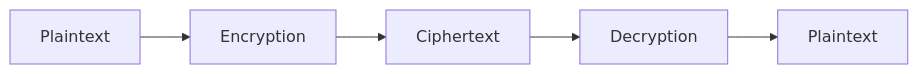
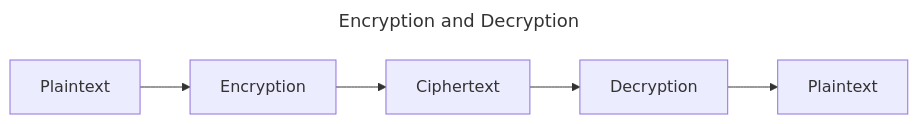
Before and after one commit to tna007/cybersec: the first of 3 diagrams in h5_alicenbob.md, drawn with Mermaid. The commit also changed other lines of this file, not shown here.

Commit message:
encryption and decryption without and with key(s) diagrams

````diff
--- a/h5_alicenbob.md
+++ b/h5_alicenbob.md
@@ -19,7 +7,10 @@
         ```mermaid
+        ---
+        title: Encryption and Decryption
+        ---
         flowchart LR
             A[Plaintext] --> B[Encryption]
             B --> C[Ciphertext]
             C --> D[Decryption]
             D --> E[Plaintext]
         ```
````
